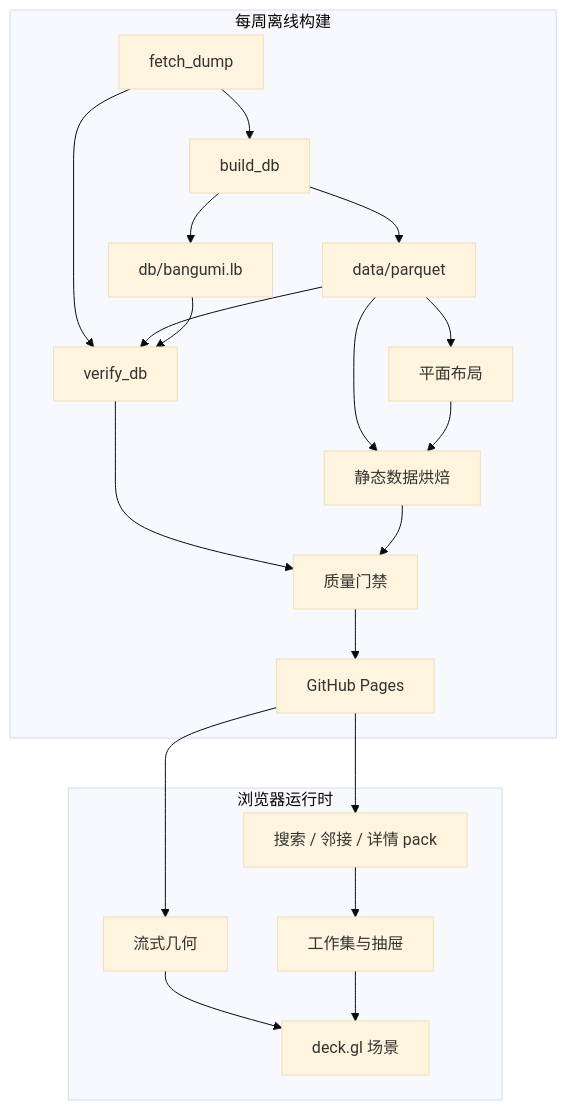
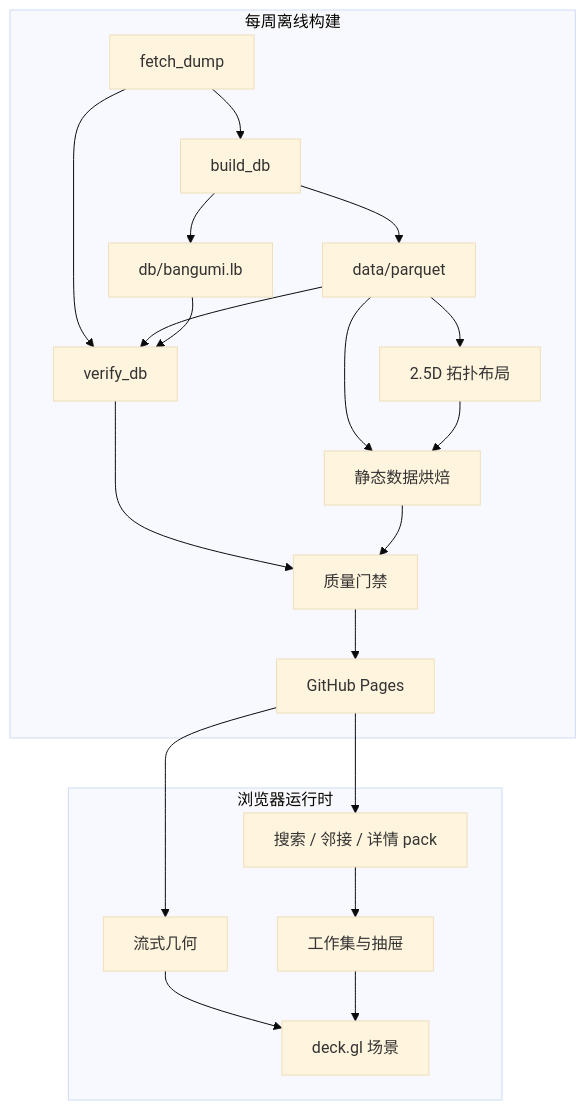
The diagram in docs/EXPLORER_ARCHITECTURE.md (vauxe/bangumi-atlas), drawn with Mermaid (base theme) before and after one commit. The commit also changed other lines of this file and 18 other files, not shown here.

````diff
--- a/docs/EXPLORER_ARCHITECTURE.md
+++ b/docs/EXPLORER_ARCHITECTURE.md
@@ -27,26 +27,26 @@
 ```mermaid
 flowchart TB
     subgraph Weekly[每周离线构建]
         A[fetch_dump] --> B[build_db]
         B --> P[data/parquet]
         B --> C[db/bangumi.lb]
         A --> D[verify_db]
         P --> D
         C --> D
-        P --> E[平面布局]
+        P --> E[2.5D 拓扑布局]
         P --> F[静态数据烘焙]
         E --> F
         D --> Q[质量门禁]
         F --> Q
         Q --> G[GitHub Pages]
     end
 
     subgraph Browser[浏览器运行时]
         H[流式几何] --> I[deck.gl 场景]
         J[搜索 / 邻接 / 详情 pack] --> K[工作集与抽屉]
         K --> I
     end
 
     G --> H
     G --> J
 ```
````
